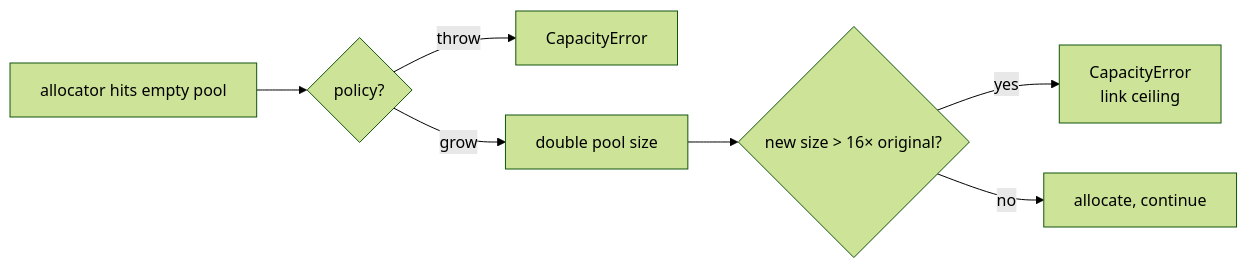
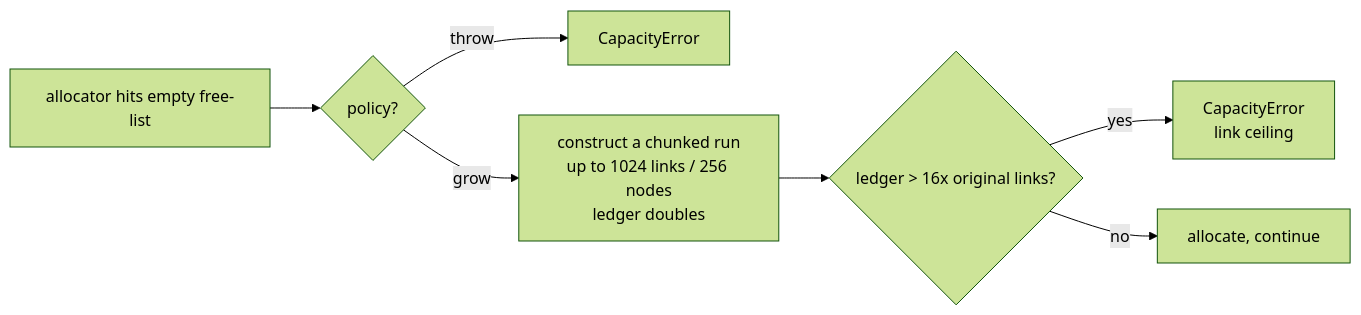
Before and after one commit to PeshoVurtoleta/lite-signal: the fourth of 4 diagrams in README.md, drawn with Mermaid (forest theme). The commit also changed other lines of this file and 20 other files, not shown here.

````diff
--- a/README.md
+++ b/README.md
@@ -471,9 +476,9 @@
 ```mermaid
 flowchart LR
-  A[allocator hits empty pool] --> B{policy?}
+  A[allocator hits empty free-list] --> B{policy?}
   B -- "throw" --> C[CapacityError]
-  B -- "grow" --> D[double pool size]
-  D --> E{new size > 16× original?}
+  B -- "grow" --> D[construct a chunked run<br/>up to 1024 links / 256 nodes<br/>ledger doubles]
+  D --> E{ledger > 16x original links?}
   E -- yes --> F[CapacityError<br/>link ceiling]
   E -- no --> G[allocate, continue]
 ```
````
